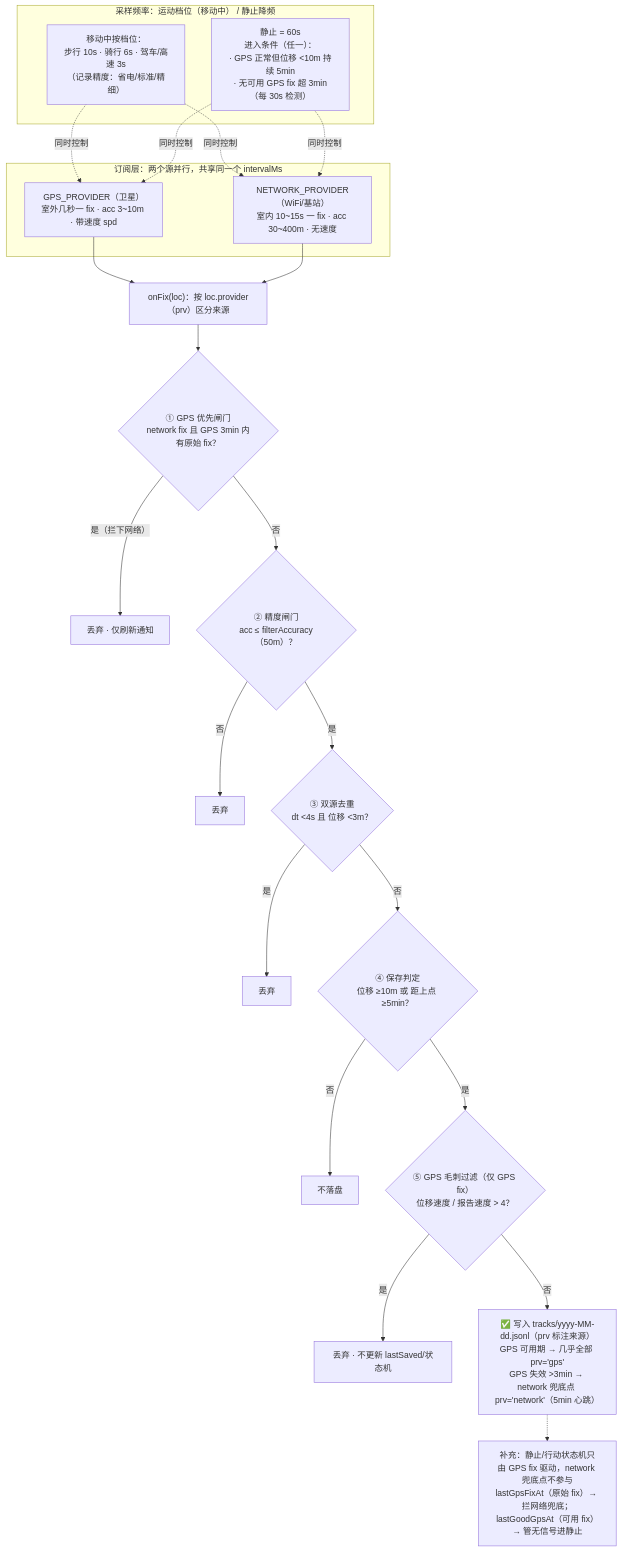
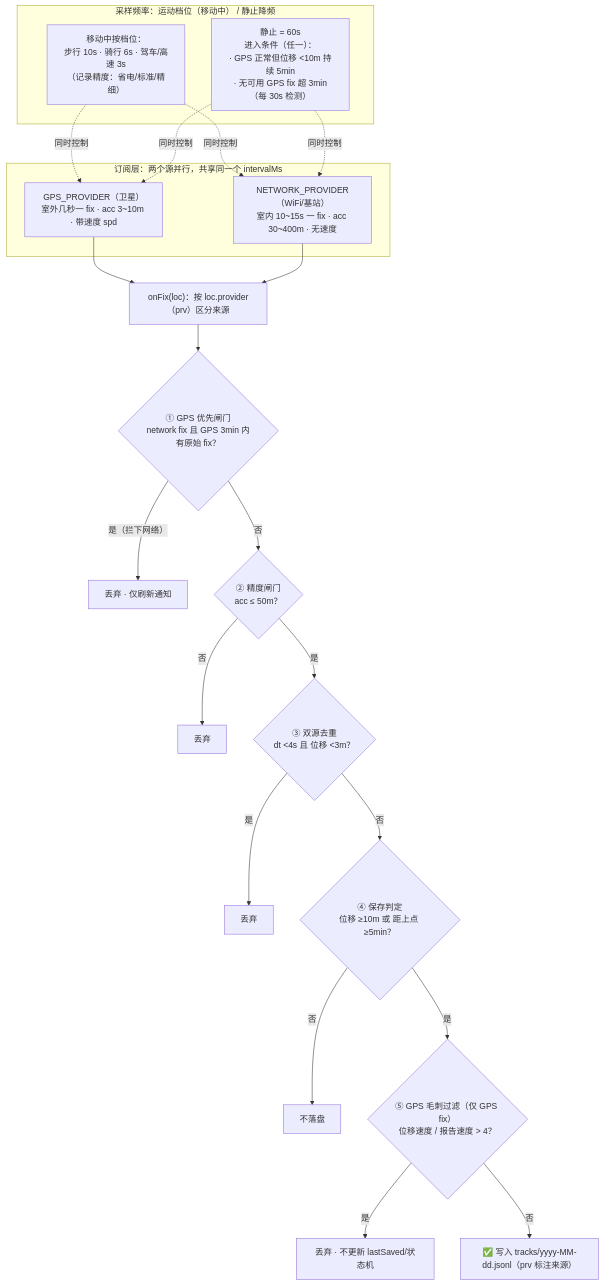
The diagram in README.md (wuhulamb/tracker-app), drawn with Mermaid before and after one commit. The commit also changed other lines of this file and 1 other file, not shown here.

````diff
--- a/README.md
+++ b/README.md
@@ -115,34 +55,32 @@
 ```mermaid
 flowchart TD
     subgraph S1["订阅层：两个源并行，共享同一个 intervalMs"]
         GPS["GPS_PROVIDER（卫星）<br/>室外几秒一 fix · acc 3~10m · 带速度 spd"]
         NET["NETWORK_PROVIDER（WiFi/基站）<br/>室内 10~15s 一 fix · acc 30~400m · 无速度"]
     end
 
     subgraph S2["采样频率：运动档位（移动中） / 静止降频"]
         A1["移动中按档位：<br/>步行 10s · 骑行 6s · 驾车/高速 3s<br/>（记录精度：省电/标准/精细）"]
         A2["静止 = 60s<br/>进入条件（任一）：<br/>· GPS 正常但位移 &lt;10m 持续 5min<br/>· 无可用 GPS fix 超 3min（每 30s 检测）"]
     end
 
     A1 -. 同时控制 .-> GPS
     A1 -. 同时控制 .-> NET
     A2 -. 同时控制 .-> GPS
     A2 -. 同时控制 .-> NET
 
     GPS --> ON["onFix(loc)：按 loc.provider（prv）区分来源"]
     NET --> ON
 
     ON --> G1{"① GPS 优先闸门<br/>network fix 且 GPS 3min 内有原始 fix？"}
     G1 -- 是（拦下网络） --> D1["丢弃 · 仅刷新通知"]
-    G1 -- 否 --> G2{"② 精度闸门<br/>acc ≤ filterAccuracy（50m）？"}
+    G1 -- 否 --> G2{"② 精度闸门<br/>acc ≤ 50m？"}
     G2 -- 否 --> D2["丢弃"]
     G2 -- 是 --> G3{"③ 双源去重<br/>dt &lt;4s 且 位移 &lt;3m？"}
     G3 -- 是 --> D3["丢弃"]
     G3 -- 否 --> G4{"④ 保存判定<br/>位移 ≥10m 或 距上点 ≥5min？"}
     G4 -- 否 --> D4["不落盘"]
     G4 -- 是 --> M5{"⑤ GPS 毛刺过滤（仅 GPS fix）<br/>位移速度 / 报告速度 &gt; 4？"}
     M5 -- 是 --> D5["丢弃 · 不更新 lastSaved/状态机"]
-    M5 -- 否 --> W["✅ 写入 tracks/yyyy-MM-dd.jsonl（prv 标注来源）<br/>GPS 可用期 → 几乎全部 prv='gps'<br/>GPS 失效 &gt;3min → network 兜底点 prv='network'（5min 心跳）"]
-
-    W -.-> NOTE["补充：静止/行动状态机只由 GPS fix 驱动，network 兜底点不参与<br/>lastGpsFixAt（原始 fix）→ 拦网络兜底；lastGoodGpsAt（可用 fix）→ 管无信号进静止"]
+    M5 -- 否 --> W["✅ 写入 tracks/yyyy-MM-dd.jsonl（prv 标注来源）"]
 ```
````
